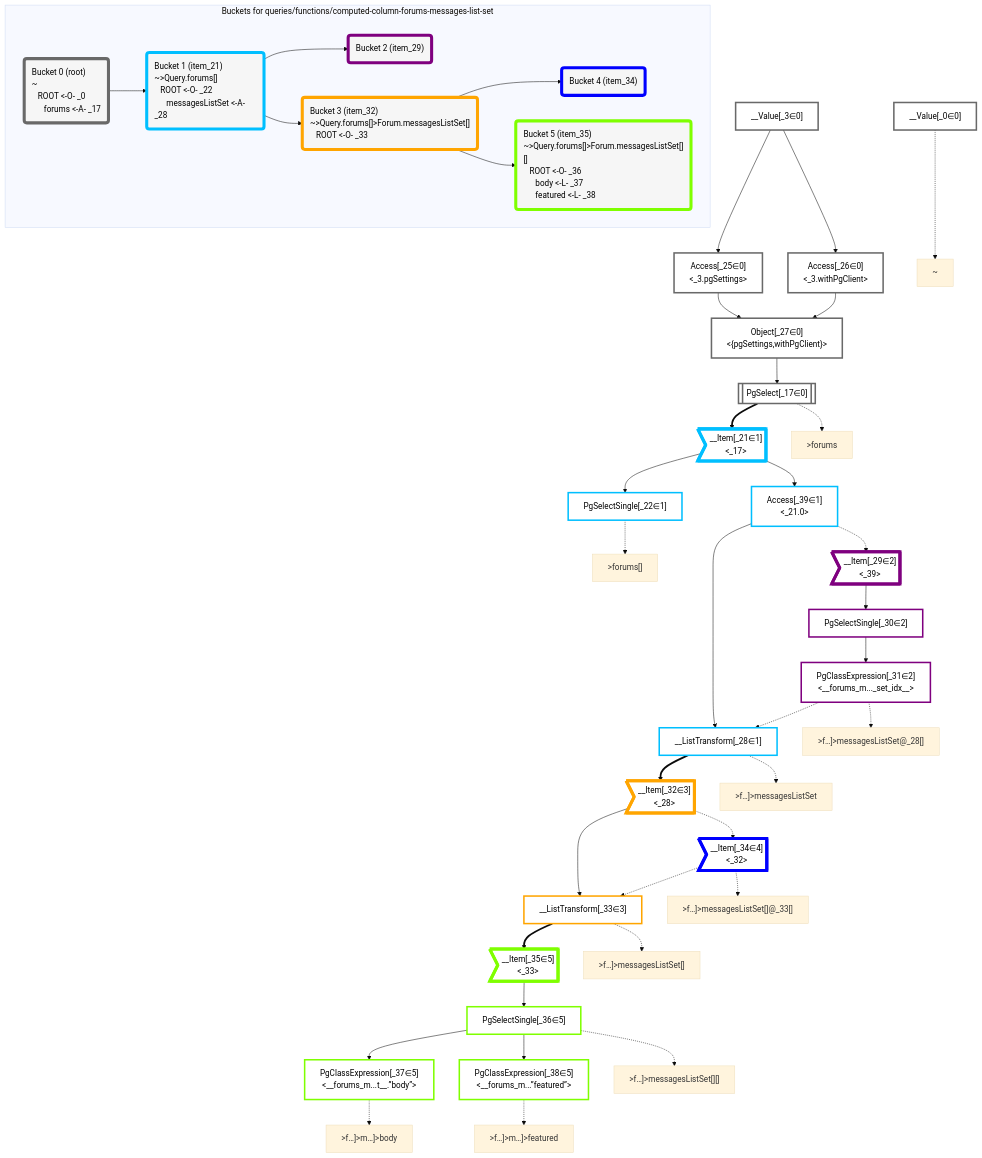
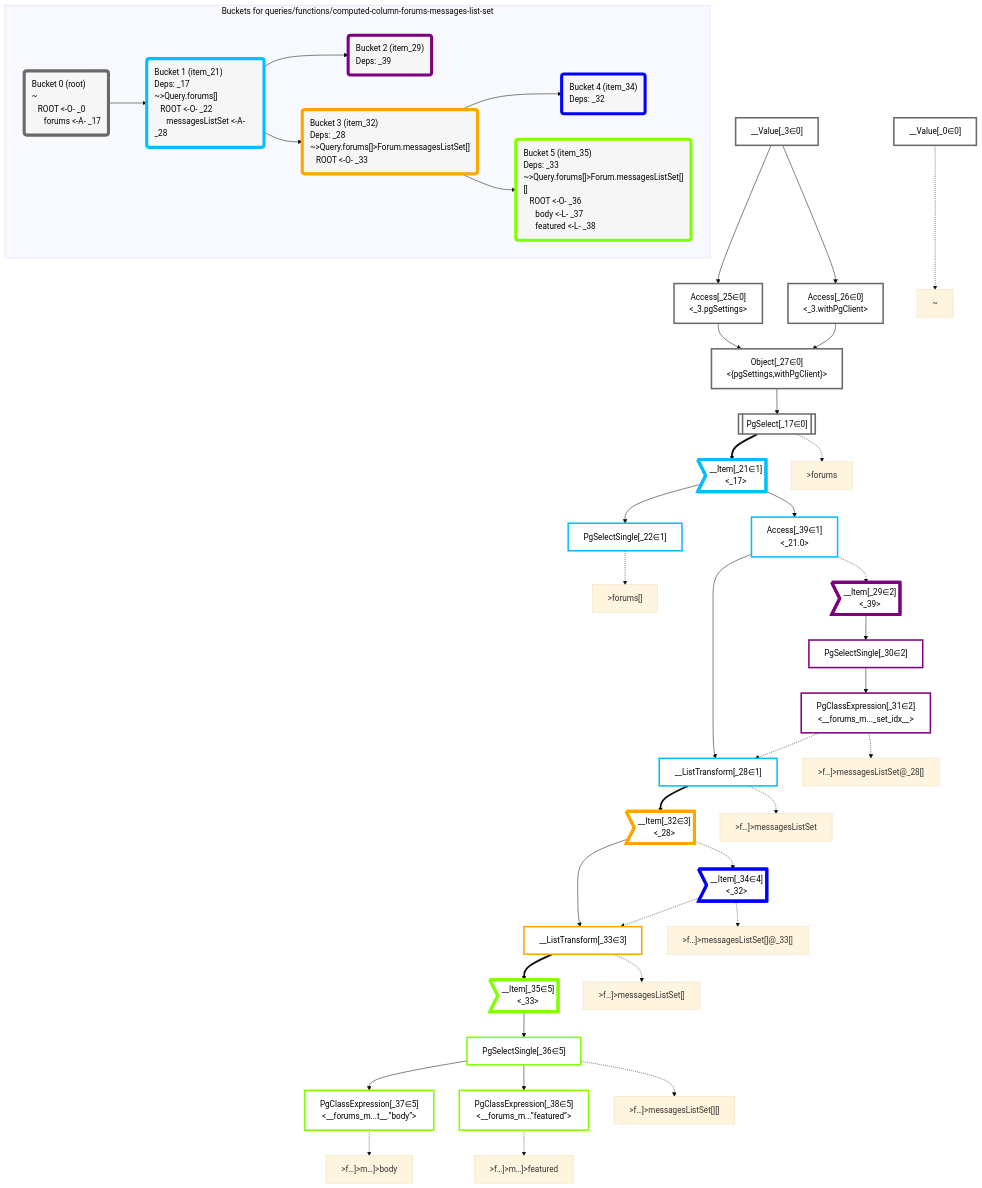
The diagram in packages/dataplan-pg/__tests__/queries/functions/computed-column-forums-messages-list-set.mermaid.md (graphile/crystal), drawn with Mermaid (base theme) before and after one commit. The commit also changed 157 other files, not shown here.

Commit message:
Add deps to all query snapshots

```diff
--- a/packages/dataplan-pg/__tests__/queries/functions/computed-column-forums-messages-list-set.mermaid.md
+++ b/packages/dataplan-pg/__tests__/queries/functions/computed-column-forums-messages-list-set.mermaid.md
@@ -91,19 +91,19 @@
     subgraph "Buckets for queries/functions/computed-column-forums-messages-list-set"
     Bucket0("Bucket 0 (root)<br />~<br />⠀ROOT <-O- _0<br />⠀⠀forums <-A- _17"):::bucket
     style Bucket0 stroke:#696969
-    Bucket1("Bucket 1 (item_21)<br />~>Query.forums[]<br />⠀ROOT <-O- _22<br />⠀⠀messagesListSet <-A- _28"):::bucket
+    Bucket1("Bucket 1 (item_21)<br />Deps: _17<br />~>Query.forums[]<br />⠀ROOT <-O- _22<br />⠀⠀messagesListSet <-A- _28"):::bucket
     style Bucket1 stroke:#00bfff
     Bucket0 --> Bucket1
-    Bucket2("Bucket 2 (item_29)"):::bucket
+    Bucket2("Bucket 2 (item_29)<br />Deps: _39"):::bucket
     style Bucket2 stroke:#7f007f
     Bucket1 --> Bucket2
-    Bucket3("Bucket 3 (item_32)<br />~>Query.forums[]>Forum.messagesListSet[]<br />⠀ROOT <-O- _33"):::bucket
+    Bucket3("Bucket 3 (item_32)<br />Deps: _28<br />~>Query.forums[]>Forum.messagesListSet[]<br />⠀ROOT <-O- _33"):::bucket
     style Bucket3 stroke:#ffa500
     Bucket1 --> Bucket3
-    Bucket4("Bucket 4 (item_34)"):::bucket
+    Bucket4("Bucket 4 (item_34)<br />Deps: _32"):::bucket
     style Bucket4 stroke:#0000ff
     Bucket3 --> Bucket4
-    Bucket5("Bucket 5 (item_35)<br />~>Query.forums[]>Forum.messagesListSet[][]<br />⠀ROOT <-O- _36<br />⠀⠀body <-L- _37<br />⠀⠀featured <-L- _38"):::bucket
+    Bucket5("Bucket 5 (item_35)<br />Deps: _33<br />~>Query.forums[]>Forum.messagesListSet[][]<br />⠀ROOT <-O- _36<br />⠀⠀body <-L- _37<br />⠀⠀featured <-L- _38"):::bucket
     style Bucket5 stroke:#7fff00
     Bucket3 --> Bucket5
     end
```
